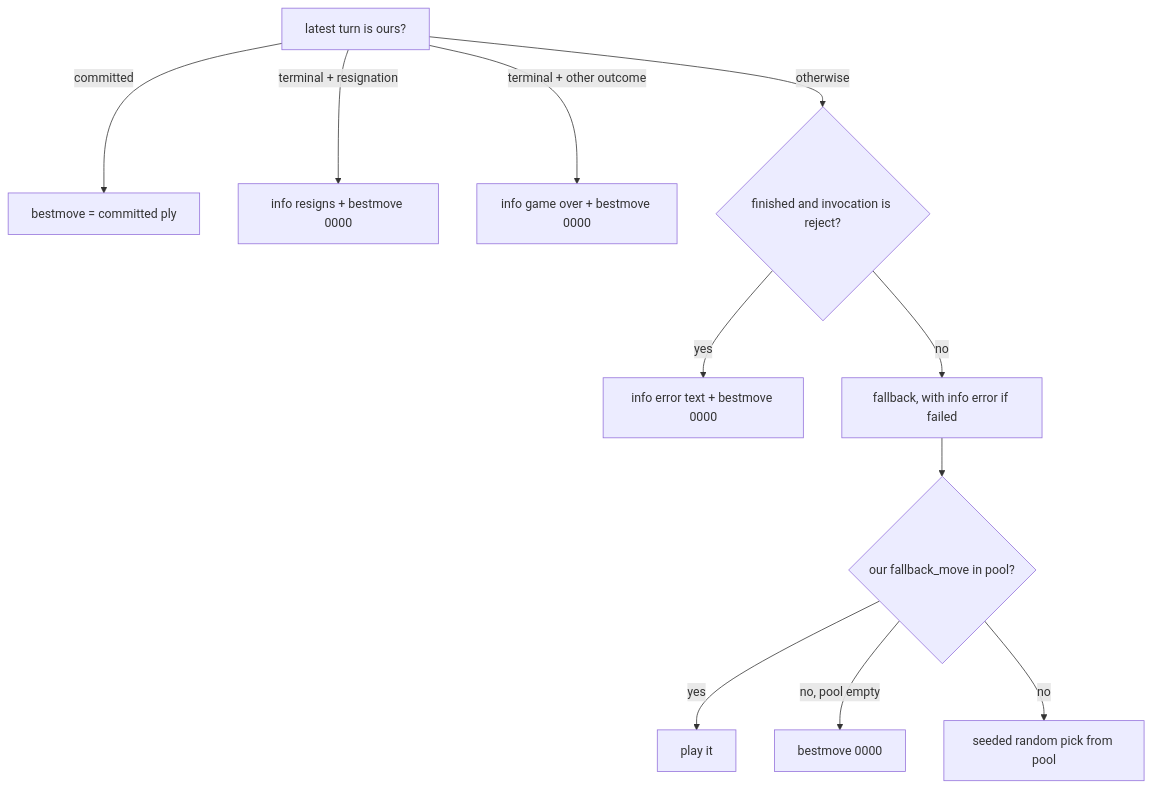
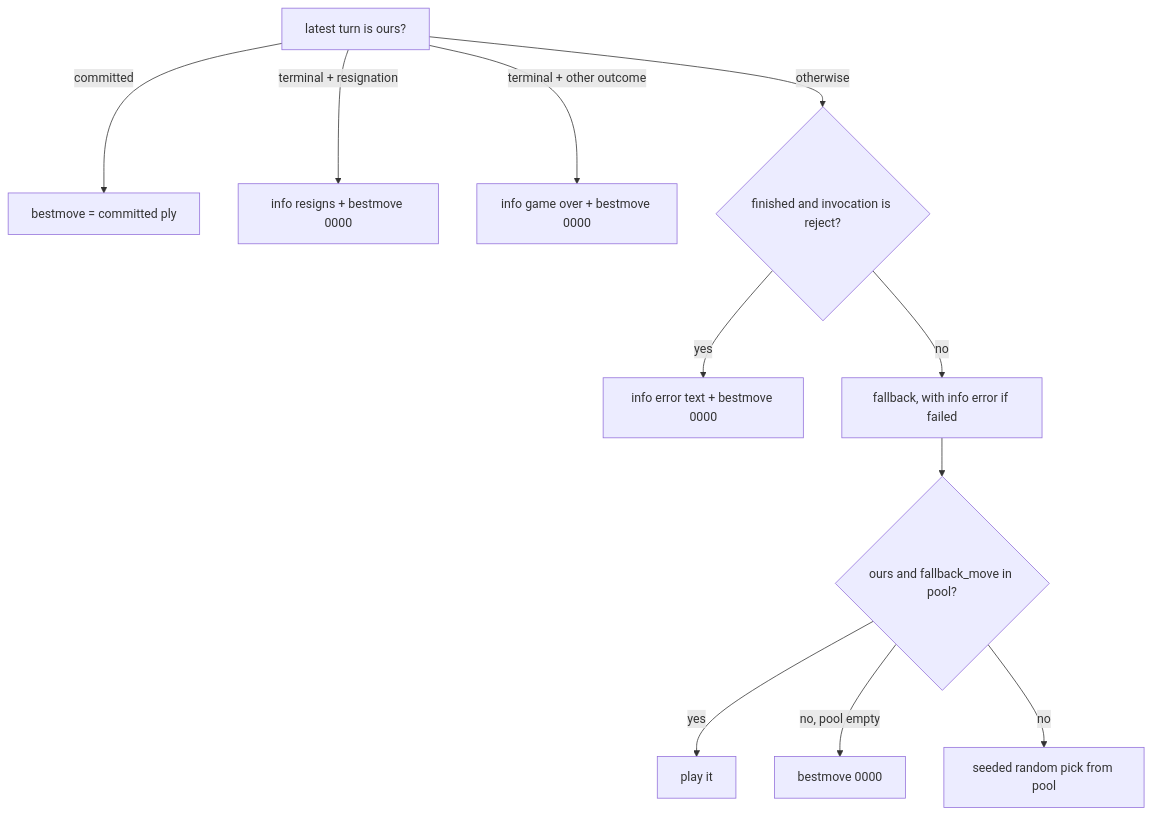
Before and after one commit to darieldatoon/langchain-chess: the second of 2 diagrams in openwiki/integrations/uci-engine.md, drawn with Mermaid. The commit also changed other lines of this file and 48 other files, not shown here.

````diff
--- a/openwiki/integrations/uci-engine.md
+++ b/openwiki/integrations/uci-engine.md
@@ -131,13 +140,13 @@
 ```mermaid
 flowchart TD
     S["latest turn is ours?"] -->|"committed"| C["bestmove = committed ply"]
     S -->|"terminal + resignation"| R["info resigns + bestmove 0000"]
     S -->|"terminal + other outcome"| G["info game over + bestmove 0000"]
     S -->|"otherwise"| J{"finished and invocation is reject?"}
     J -->|"yes"| X["info error text + bestmove 0000"]
     J -->|"no"| F["fallback, with info error if failed"]
-    F --> K{"our fallback_move in pool?"}
+    F --> K{"ours and fallback_move in pool?"}
     K -->|"yes"| K1["play it"]
     K -->|"no, pool empty"| K2["bestmove 0000"]
     K -->|"no"| K3["seeded random pick from pool"]
 ```
````
